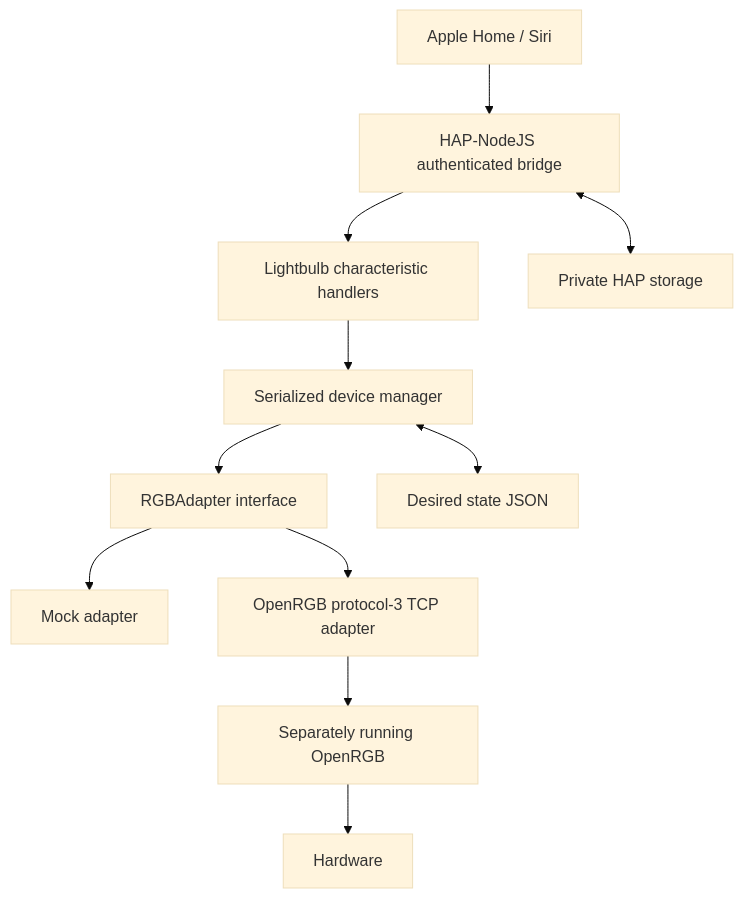
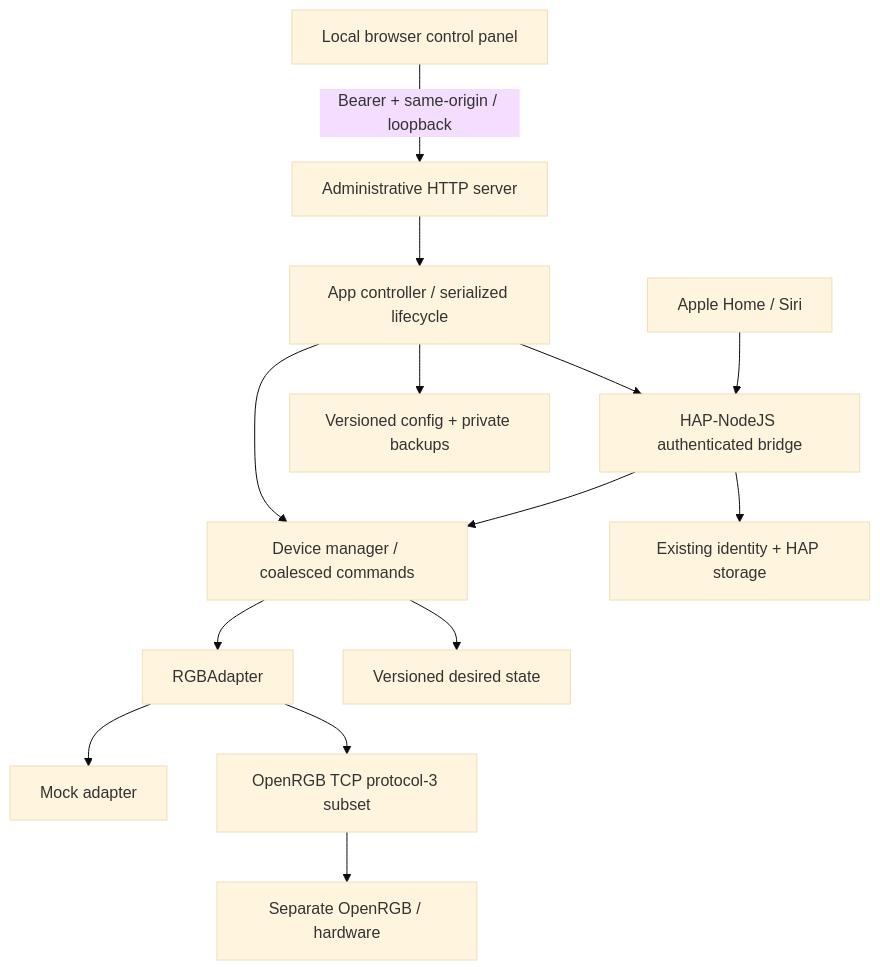
One commit to daqua22/homekit-rgb-bridge changed the diagram in docs/architecture.md. Above: the diagram before and after it, drawn with Mermaid (base theme). The commit also changed other lines of this file and 21 other files, not shown here.

````diff
--- a/docs/architecture.md
+++ b/docs/architecture.md
@@ -3,13 +3,16 @@
 ```mermaid
 flowchart TD
-    A[Apple Home / Siri] --> B[HAP-NodeJS authenticated bridge]
-    B --> C[Lightbulb characteristic handlers]
-    C --> D[Serialized device manager]
-    D --> E[RGBAdapter interface]
-    E --> F[Mock adapter]
-    E --> G[OpenRGB protocol-3 TCP adapter]
-    G --> H[Separately running OpenRGB]
-    H --> I[Hardware]
-    D <--> J[Desired state JSON]
-    B <--> K[Private HAP storage]
+    UI[Local browser control panel] -->|Bearer + same-origin / loopback| Admin[Administrative HTTP server]
+    Admin --> App[App controller / serialized lifecycle]
+    Home[Apple Home / Siri] --> HAP[HAP-NodeJS authenticated bridge]
+    App --> HAP
+    HAP --> Lights[Device manager / coalesced commands]
+    App --> Lights
+    Lights --> Adapter[RGBAdapter]
+    Adapter --> Mock[Mock adapter]
+    Adapter --> SDK[OpenRGB TCP protocol-3 subset]
+    SDK --> RGB[Separate OpenRGB / hardware]
+    App --> Config[Versioned config + private backups]
+    Lights --> State[Versioned desired state]
+    HAP --> Keys[Existing identity + HAP storage]
 ```
````
